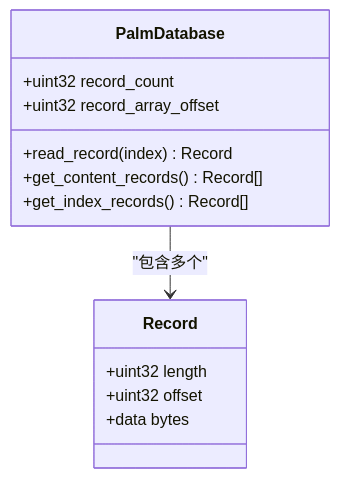
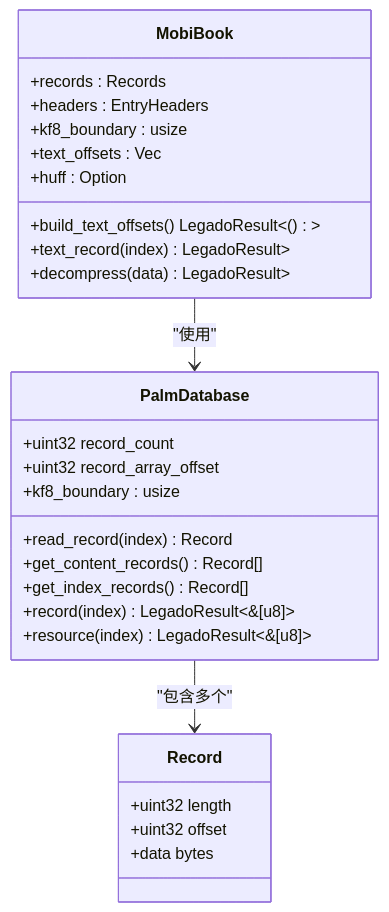
The fourth of 13 diagrams in .qoder/repowiki/zh/content/架构设计/分层架构设计/业务逻辑层/书籍处理引擎/MOBI格式处理.md (ZhangGHGitHub/LegadoTeamFlutter), drawn with Mermaid before and after one commit. The commit also changed other lines of this file and 173 other files, not shown here.

````diff
--- a/.qoder/repowiki/zh/content/架构设计/分层架构设计/业务逻辑层/书籍处理引擎/MOBI格式处理.md
+++ b/.qoder/repowiki/zh/content/架构设计/分层架构设计/业务逻辑层/书籍处理引擎/MOBI格式处理.md
@@ -132,16 +163,30 @@
 ```mermaid
 classDiagram
 class PalmDatabase {
 +uint32 record_count
 +uint32 record_array_offset
 +read_record(index) Record
 +get_content_records() Record[]
 +get_index_records() Record[]
++kf8_boundary : usize
++record(index) LegadoResult<&[u8]>
++resource(index) LegadoResult<&[u8]>
 }
 class Record {
 +uint32 length
 +uint32 offset
 +data bytes
 }
+class MobiBook {
++records : Records
++headers : EntryHeaders
++kf8_boundary : usize
++text_offsets : Vec<usize>
++huff : Option<HuffcdicDecompressor>
++build_text_offsets() LegadoResult<()>
++text_record(index) LegadoResult<Vec<u8>>
++decompress(data) LegadoResult<Vec<u8>>
+}
 PalmDatabase --> Record : "包含多个"
+MobiBook --> PalmDatabase : "使用"
 ```
````
